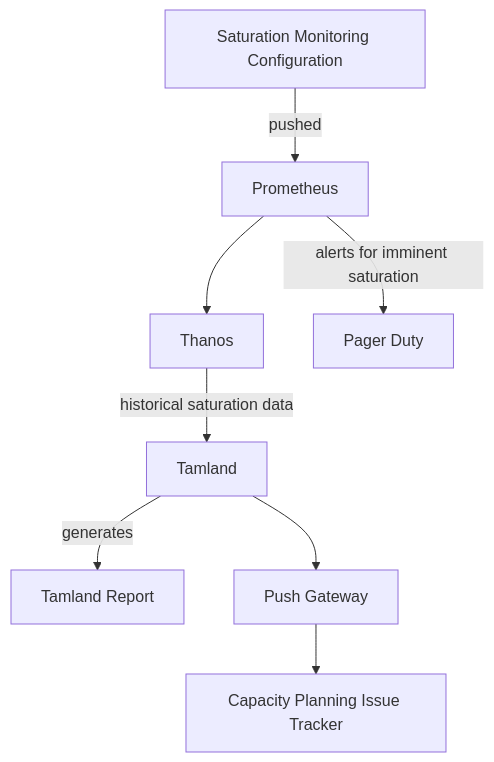
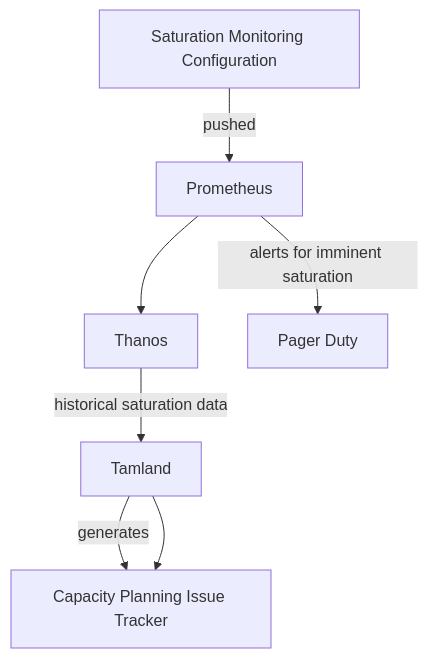
The diagram in infrastructure/capacity-planning/index.html.md (secretstartups/handbook), drawn with Mermaid before and after one commit. The commit also changed other lines of this file and 1 other file, not shown here.

Commit message:
Update capacity planning process

````diff
--- a/infrastructure/capacity-planning/index.html.md
+++ b/infrastructure/capacity-planning/index.html.md
@@ -25,10 +25,9 @@
 ```mermaid
 graph TD
     A[Saturation Monitoring Configuration] -->|pushed| B[Prometheus]
     B --> C[Thanos]
     B --> |alerts for imminent saturation|D[Pager Duty]
     C --> |historical saturation data|E[Tamland]
     E --> |generates|F[Tamland Report]
-    E --> G[Push Gateway]
-    G --> H[Capacity Planning Issue Tracker]
+    E --> F[Capacity Planning Issue Tracker]
 ```
````
